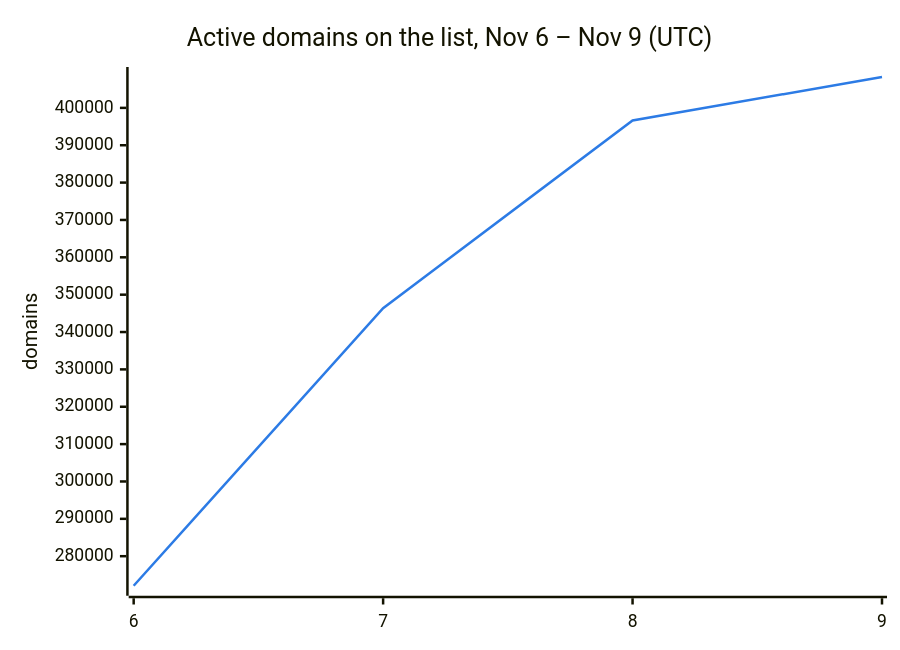
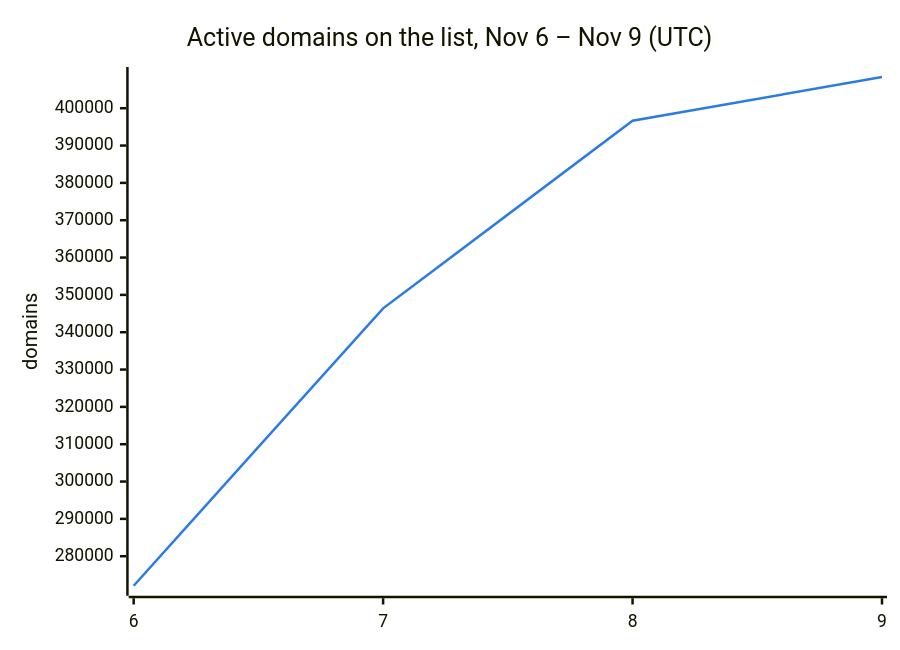
One commit to DNSBunker/CTI changed the second of 3 diagrams in README.md. Above: the diagram before and after it, drawn with Mermaid. The commit also changed other lines of this file and 3 other files, not shown here.

````diff
--- a/README.md
+++ b/README.md
@@ -38,8 +38,8 @@
 ```mermaid
 %%{init: {"themeVariables": {"xyChart": {"plotColorPalette": "#2c7be5"}}}}%%
 xychart-beta
     title "Active domains on the list, Nov 6 – Nov 9 (UTC)"
     x-axis ["6", "7", "8", "9"]
     y-axis "domains"
-    line [272088, 346388, 396638, 408265]
+    line [272088, 346388, 396638, 408364]
 ```
````
